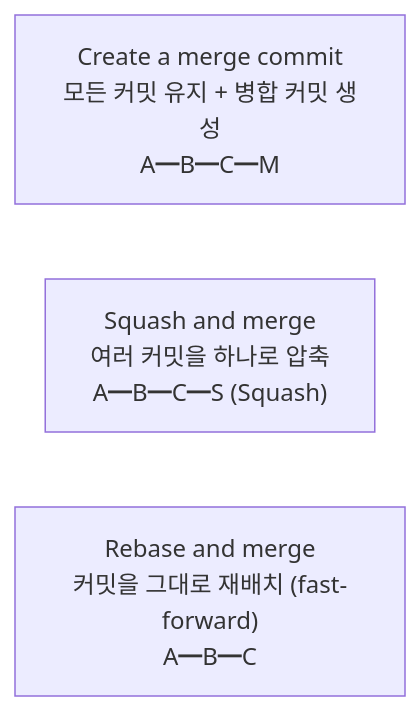
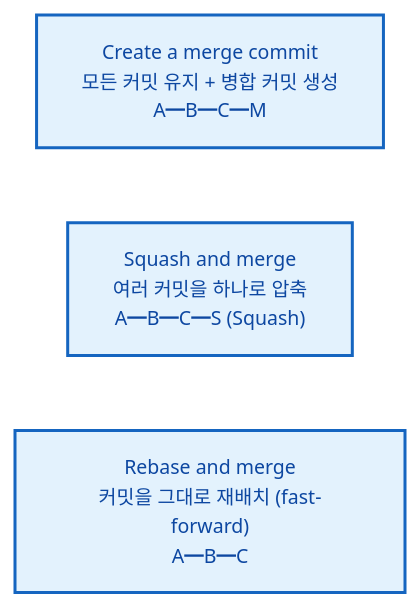
The third of 3 diagrams in git/06_GitHub/02_Pull_Request.md (jingu279/Document), drawn with Mermaid before and after one commit. The commit also changed other lines of this file and 24 other files, not shown here.

First line of the commit message:
Git 문서 전체 Mermaid 다이어그램 스타일링 통일

````diff
--- a/git/06_GitHub/02_Pull_Request.md
+++ b/git/06_GitHub/02_Pull_Request.md
@@ -152,6 +168,12 @@
 ```mermaid
+%%{init: {'theme': 'base', 'themeVariables': {'fontSize': '13px'}}}%%
 flowchart LR
-  Merge["Create a merge commit<br/>모든 커밋 유지 + 병합 커밋 생성<br/>A━B━C━M"]
-  Squash["Squash and merge<br/>여러 커밋을 하나로 압축<br/>A━B━C━S (Squash)"]
-  Rebase["Rebase and merge<br/>커밋을 그대로 재배치 (fast-forward)<br/>A━B━C"]
+  classDef main fill:#fff3e0,stroke:#e65100,stroke-width:2px,color:#bf360c
+  classDef sub fill:#e8f5e9,stroke:#2e7d32,stroke-width:2px,color:#1b5e20
+  classDef proc fill:#e3f2fd,stroke:#1565c0,stroke-width:2px,color:#0d47a1
+  classDef decision fill:#fff9c4,stroke:#f9a825,stroke-width:2px,color:#e65100
+  classDef highlight fill:#f3e5f5,stroke:#6a1b9a,stroke-width:2px,color:#4a148c
+  Merge["Create a merge commit<br/>모든 커밋 유지 + 병합 커밋 생성<br/>A━B━C━M"]:::proc
+  Squash["Squash and merge<br/>여러 커밋을 하나로 압축<br/>A━B━C━S (Squash)"]:::proc
+  Rebase["Rebase and merge<br/>커밋을 그대로 재배치 (fast-forward)<br/>A━B━C"]:::proc
 ```
````
